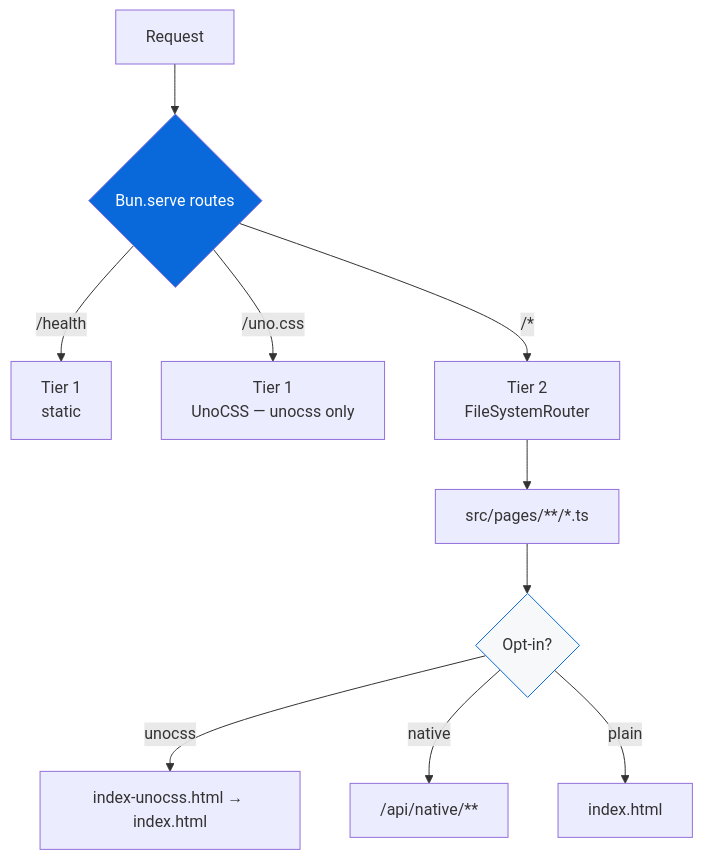
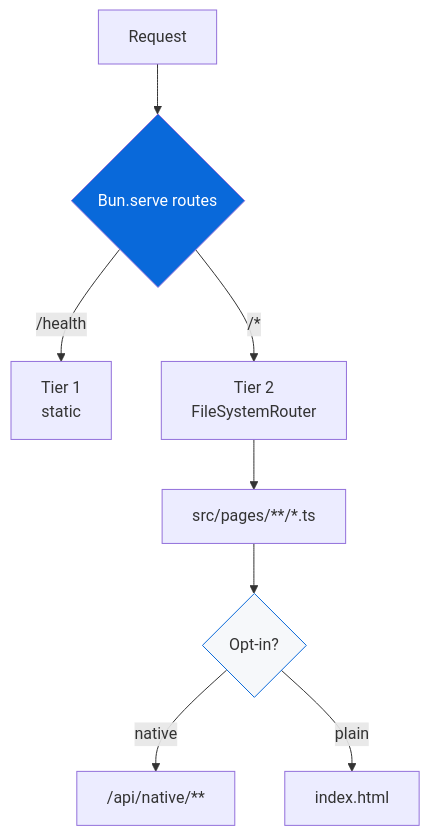
Before and after one commit to Archont561/ts-monorepo-template: the diagram in apps/example/README.md, drawn with Mermaid. The commit also changed other lines of this file and 51 other files, not shown here.

````diff
--- a/apps/example/README.md
+++ b/apps/example/README.md
@@ -49,15 +47,13 @@
 ```mermaid
 graph TD
     A[Request] --> B{Bun.serve routes}
     B -->|/health| C["Tier 1<br/>static"]
-    B -->|/uno.css| D["Tier 1<br/>UnoCSS — unocss only"]
     B -->|"/*"| E["Tier 2<br/>FileSystemRouter"]
     E --> F["src/pages/**/*.ts"]
     F --> G{Opt-in?}
-    G -->|unocss| H["index-unocss.html → index.html"]
     G -->|native| I["/api/native/**"]
     G -->|plain| J["index.html"]
 
     style B fill:#0969DA,color:#fff
     style G fill:#f6f8fa,stroke:#0969DA
 ```
````
